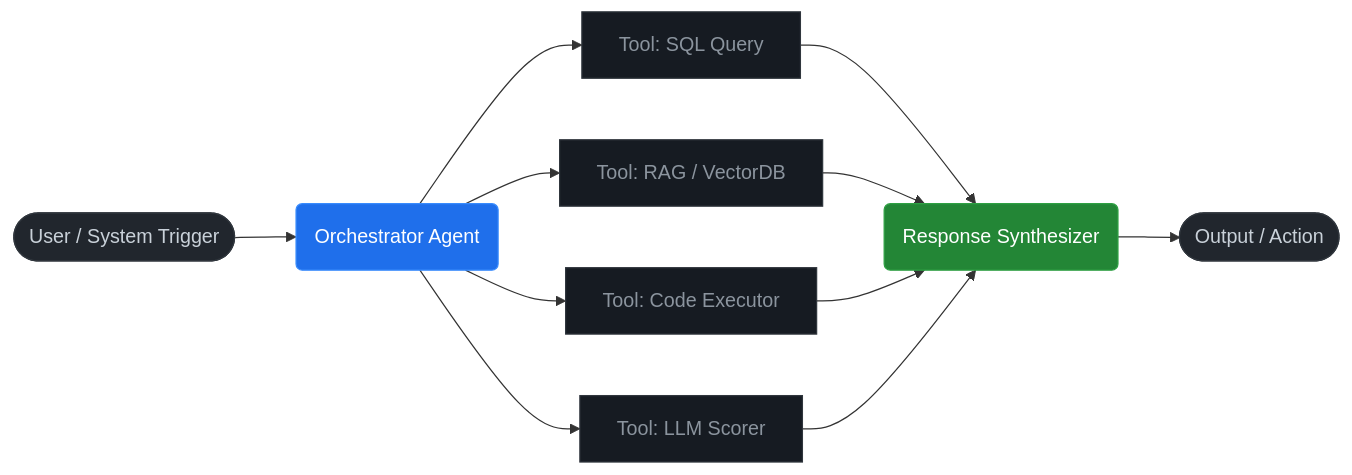
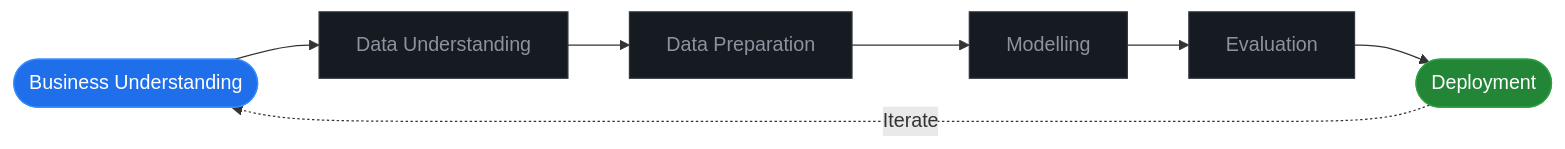
One commit to mydennisee/mydennisee changed the second of 4 diagrams in README.md. Above: the diagram before and after it, drawn with Mermaid. The commit also changed other lines of this file, not shown here.

Commit message:
Split delivery methodology into 4 ordered diagrams, remove agentic architecture

````diff
--- a/README.md
+++ b/README.md
@@ -137,19 +81,16 @@
 ```mermaid
-graph LR
-    A([User / System Trigger]) --> B(Orchestrator Agent)
-    B --> C[Tool: SQL Query]
-    B --> D[Tool: RAG / VectorDB]
-    B --> E[Tool: Code Executor]
-    B --> F[Tool: LLM Scorer]
-    C & D & E & F --> G(Response Synthesizer)
-    G --> H([Output / Action])
+flowchart LR
+    A([Business Understanding]) --> B[Data Understanding]
+    B --> C[Data Preparation]
+    C --> D[Modelling]
+    D --> E[Evaluation]
+    E --> F([Deployment])
+    F -.->|Iterate| A
 
-    style A fill:#21262d,color:#c9d1d9,stroke:#30363d
-    style B fill:#1f6feb,color:#fff,stroke:#388bfd
-    style G fill:#238636,color:#fff,stroke:#2ea043
-    style H fill:#21262d,color:#c9d1d9,stroke:#30363d
+    style A fill:#1f6feb,color:#fff,stroke:#388bfd
+    style B fill:#161b22,color:#8b949e,stroke:#30363d
     style C fill:#161b22,color:#8b949e,stroke:#30363d
     style D fill:#161b22,color:#8b949e,stroke:#30363d
     style E fill:#161b22,color:#8b949e,stroke:#30363d
-    style F fill:#161b22,color:#8b949e,stroke:#30363d
+    style F fill:#238636,color:#fff,stroke:#2ea043
 ```
````
